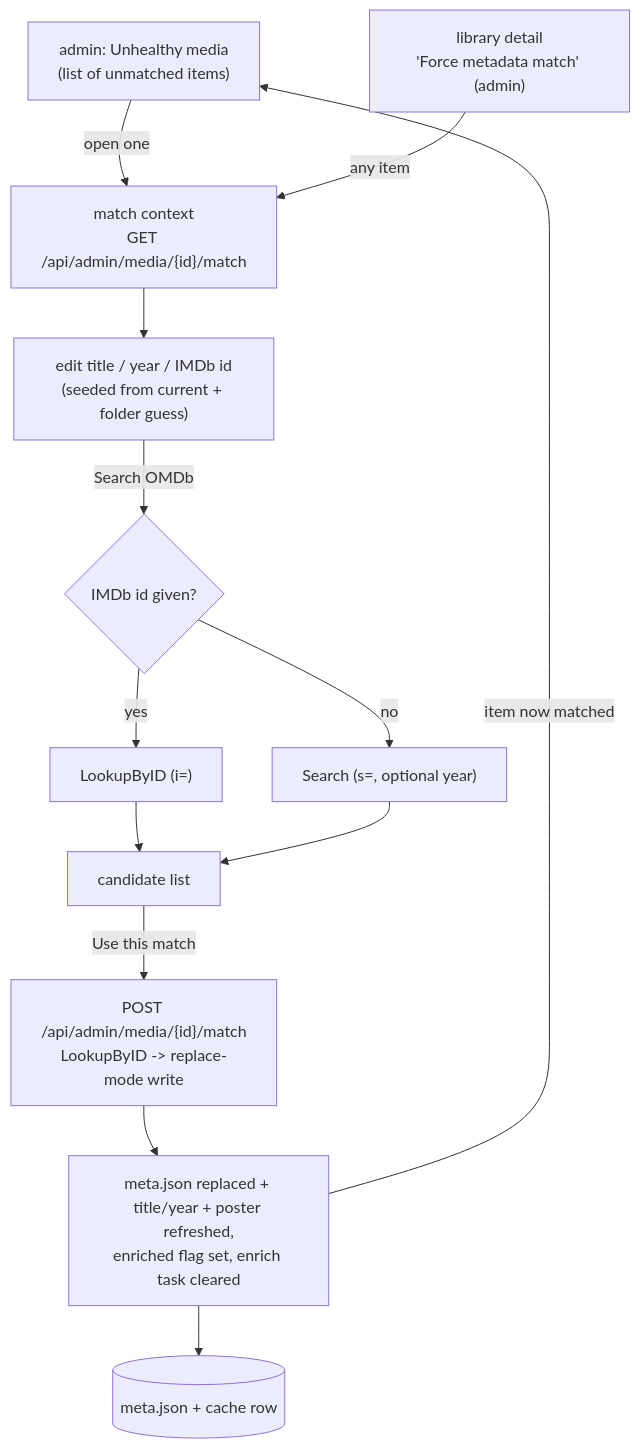
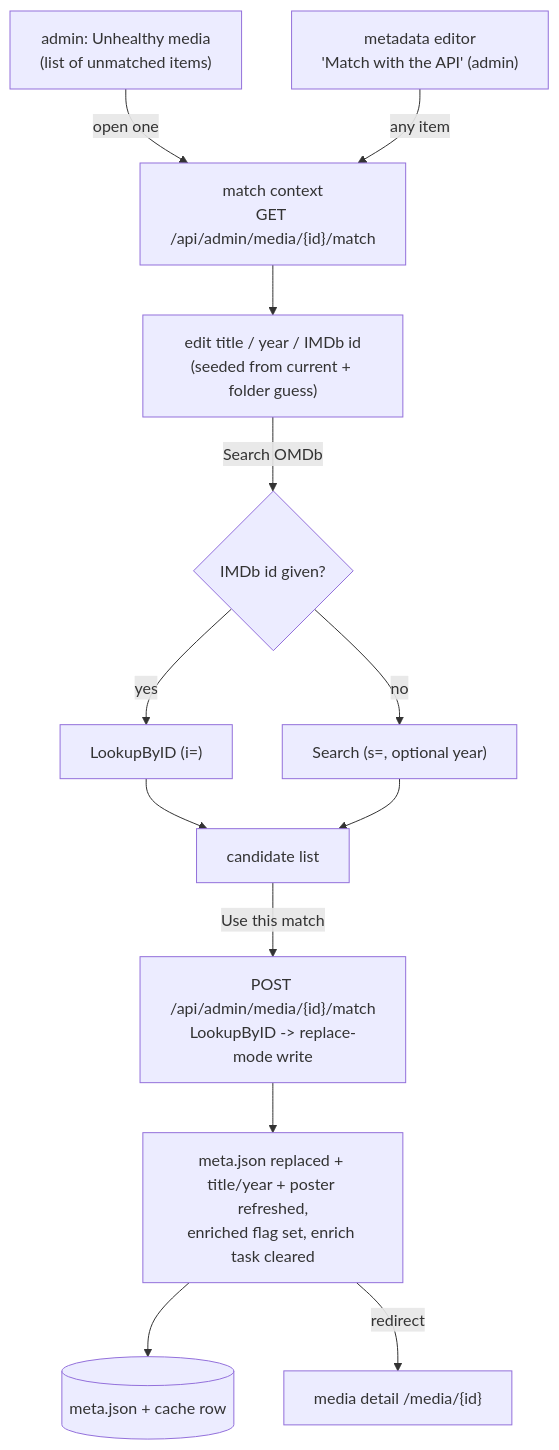
One commit to xuedi/FileFin changed the diagram in docs/rematch.md. Above: the diagram before and after it, drawn with Mermaid. The commit also changed other lines of this file and 13 other files, not shown here.

````diff
--- a/docs/rematch.md
+++ b/docs/rematch.md
@@ -35,15 +35,15 @@
 ```mermaid
 flowchart TD
     L["admin: Unhealthy media<br/>(list of unmatched items)"] -->|open one| D["match context<br/>GET /api/admin/media/{id}/match"]
-    FM["library detail<br/>'Force metadata match' (admin)"] -->|any item| D
+    FM["metadata editor<br/>'Match with the API' (admin)"] -->|any item| D
     D --> E["edit title / year / IMDb id<br/>(seeded from current + folder guess)"]
     E -->|Search OMDb| S{"IMDb id given?"}
     S -->|yes| BYID["LookupByID (i=)"]
     S -->|no| SRCH["Search (s=, optional year)"]
     BYID --> C["candidate list"]
     SRCH --> C
     C -->|Use this match| AP["POST /api/admin/media/{id}/match<br/>LookupByID -> replace-mode write"]
     AP --> W["meta.json replaced + title/year + poster refreshed,<br/>enriched flag set, enrich task cleared"]
     W --> MJ[(meta.json + cache row)]
-    W -->|item now matched| L
+    W -->|redirect| DET["media detail /media/{id}"]
 ```
````
